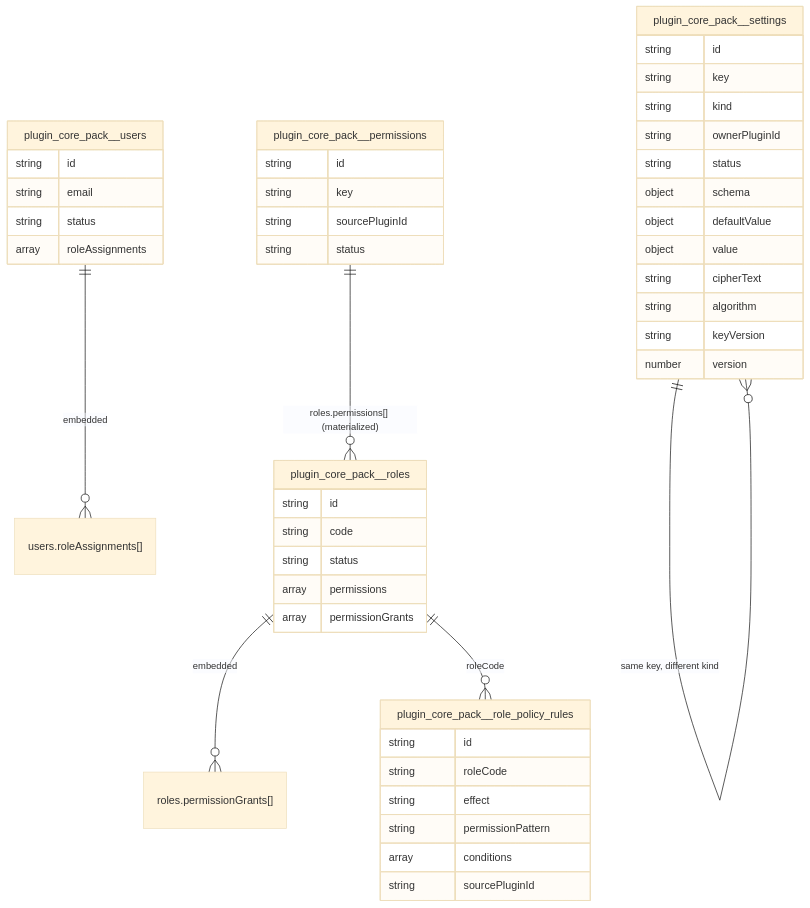
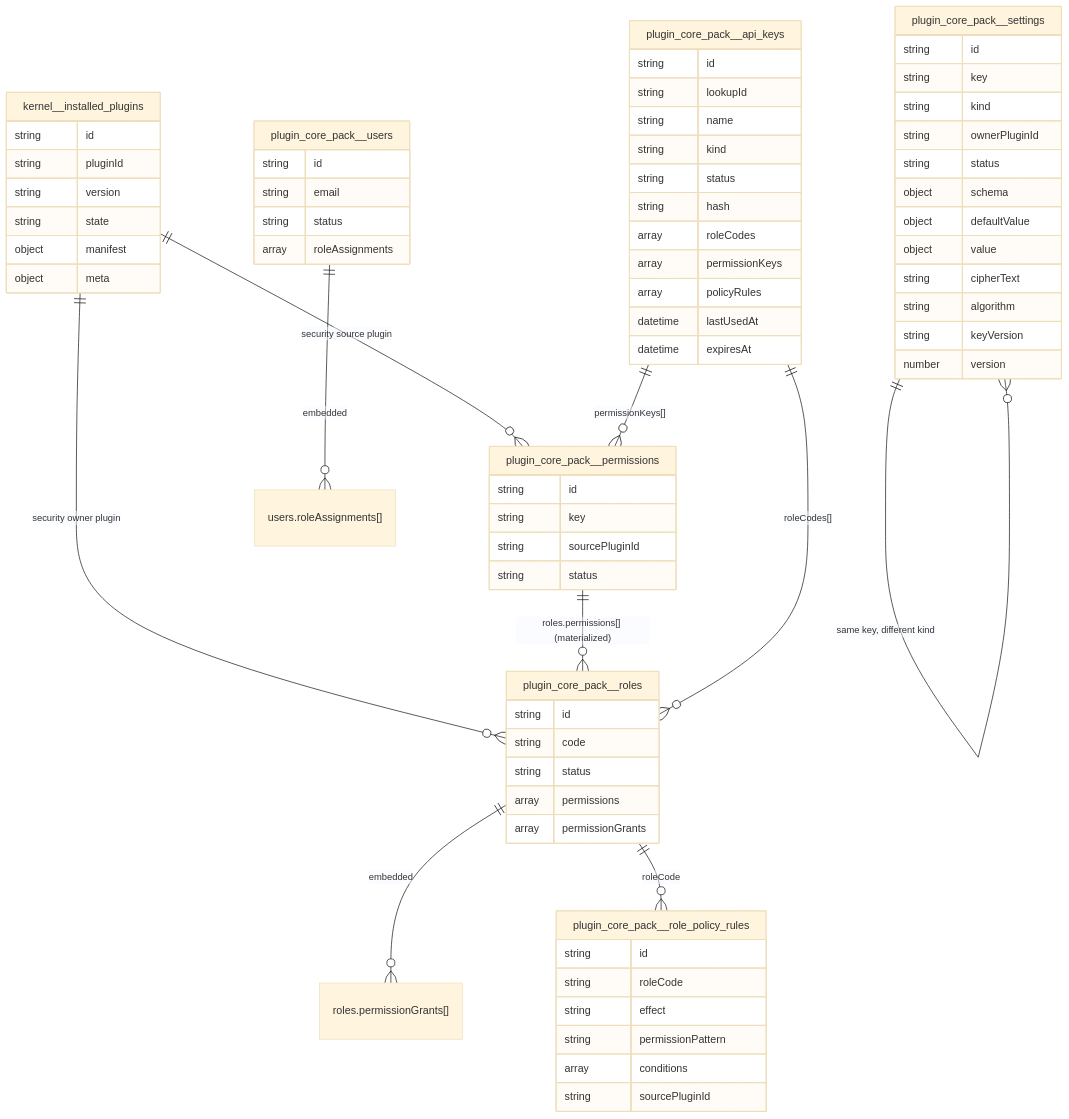
The diagram in docs/cms/en/0004-persistence-mongo-and-entity.md (tascaenzo/trinacria-cms), drawn with Mermaid (base theme) before and after one commit. The commit also changed other lines of this file and 17 other files, not shown here.

````diff
--- a/docs/cms/en/0004-persistence-mongo-and-entity.md
+++ b/docs/cms/en/0004-persistence-mongo-and-entity.md
@@ -113,54 +116,81 @@
 ```mermaid
 erDiagram
+  "kernel__installed_plugins" ||--o{ "plugin_core_pack__permissions" : "security source plugin"
+  "kernel__installed_plugins" ||--o{ "plugin_core_pack__roles" : "security owner plugin"
   "plugin_core_pack__users" ||--o{ "users.roleAssignments[]" : "embedded"
   "plugin_core_pack__roles" ||--o{ "roles.permissionGrants[]" : "embedded"
   "plugin_core_pack__roles" ||--o{ "plugin_core_pack__role_policy_rules" : "roleCode"
   "plugin_core_pack__permissions" ||--o{ "plugin_core_pack__roles" : "roles.permissions[] (materialized)"
+  "plugin_core_pack__api_keys" ||--o{ "plugin_core_pack__roles" : "roleCodes[]"
+  "plugin_core_pack__api_keys" ||--o{ "plugin_core_pack__permissions" : "permissionKeys[]"
   "plugin_core_pack__settings" ||--o{ "plugin_core_pack__settings" : "same key, different kind"
+
+  "kernel__installed_plugins" {
+    string id
+    string pluginId
+    string version
+    string state
+    object manifest
+    object meta
+  }
 
   "plugin_core_pack__users" {
     string id
     string email
     string status
     array roleAssignments
   }
 
   "plugin_core_pack__roles" {
     string id
     string code
     string status
     array permissions
     array permissionGrants
   }
 
   "plugin_core_pack__permissions" {
     string id
     string key
     string sourcePluginId
     string status
   }
 
   "plugin_core_pack__role_policy_rules" {
     string id
     string roleCode
     string effect
     string permissionPattern
     array conditions
     string sourcePluginId
   }
 
+  "plugin_core_pack__api_keys" {
+    string id
+    string lookupId
+    string name
+    string kind
+    string status
+    string hash
+    array roleCodes
+    array permissionKeys
+    array policyRules
+    datetime lastUsedAt
+    datetime expiresAt
+  }
+
   "plugin_core_pack__settings" {
     string id
     string key
     string kind
     string ownerPluginId
     string status
     object schema
     object defaultValue
     object value
     string cipherText
     string algorithm
     string keyVersion
     number version
   }
 ```
````
